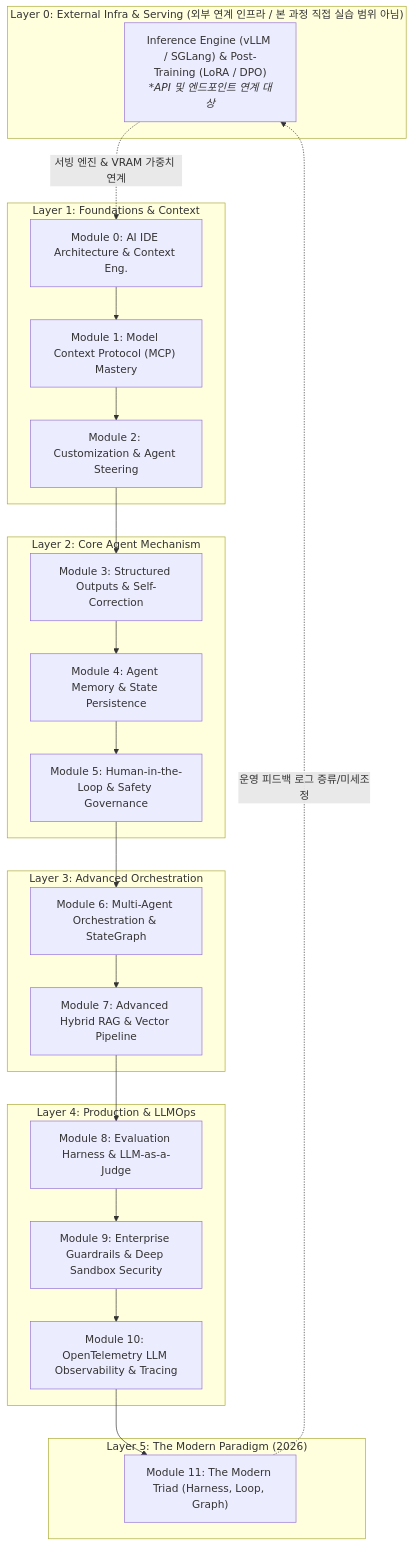
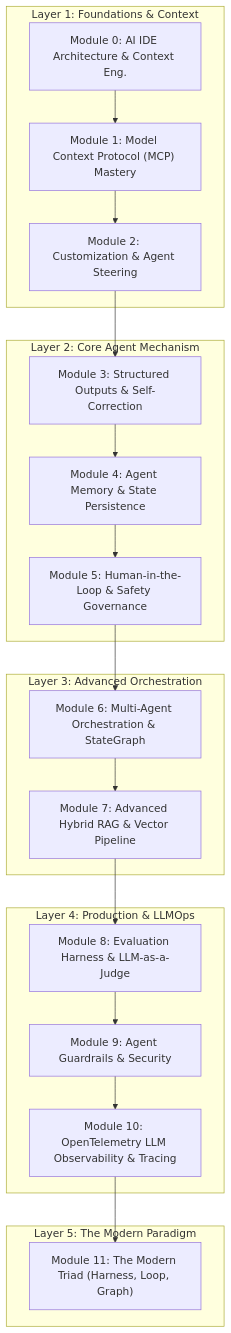
One commit to eooiea/AI-Engineering changed the diagram in curriculum.md. Above: the diagram before and after it, drawn with Mermaid. The commit also changed other lines of this file and 1 other file, not shown here.

````diff
--- a/curriculum.md
+++ b/curriculum.md
@@ -37,37 +36,31 @@
 ```mermaid
 graph TD
-    subgraph "Layer 0: External Infra & Serving (외부 연계 인프라 / 본 과정 직접 실습 범위 아님)"
-        L0["Inference Engine (vLLM / SGLang) & Post-Training (LoRA / DPO)<br/><i>*API 및 엔드포인트 연계 대상</i>"]
-    end
-
     subgraph "Layer 1: Foundations & Context"
         M0["Module 0: AI IDE Architecture & Context Eng."]
         M1["Module 1: Model Context Protocol (MCP) Mastery"]
         M2["Module 2: Customization & Agent Steering"]
     end
     
     subgraph "Layer 2: Core Agent Mechanism"
         M3["Module 3: Structured Outputs & Self-Correction"]
         M4["Module 4: Agent Memory & State Persistence"]
         M5["Module 5: Human-in-the-Loop & Safety Governance"]
     end
     
     subgraph "Layer 3: Advanced Orchestration"
         M6["Module 6: Multi-Agent Orchestration & StateGraph"]
         M7["Module 7: Advanced Hybrid RAG & Vector Pipeline"]
     end
     
     subgraph "Layer 4: Production & LLMOps"
         M8["Module 8: Evaluation Harness & LLM-as-a-Judge"]
-        M9["Module 9: Enterprise Guardrails & Deep Sandbox Security"]
+        M9["Module 9: Agent Guardrails & Security"]
         M10["Module 10: OpenTelemetry LLM Observability & Tracing"]
     end
 
-    subgraph "Layer 5: The Modern Paradigm (2026)"
+    subgraph "Layer 5: The Modern Paradigm"
         M11["Module 11: The Modern Triad (Harness, Loop, Graph)"]
     end
 
-    L0 -.->|서빙 엔진 & VRAM 가중치 연계| M0
     M0 --> M1 --> M2 --> M3 --> M4 --> M5 --> M6 --> M7 --> M8 --> M9 --> M10 --> M11
-    M11 -.->|운영 피드백 로그 증류/미세조정| L0
 ```
````
